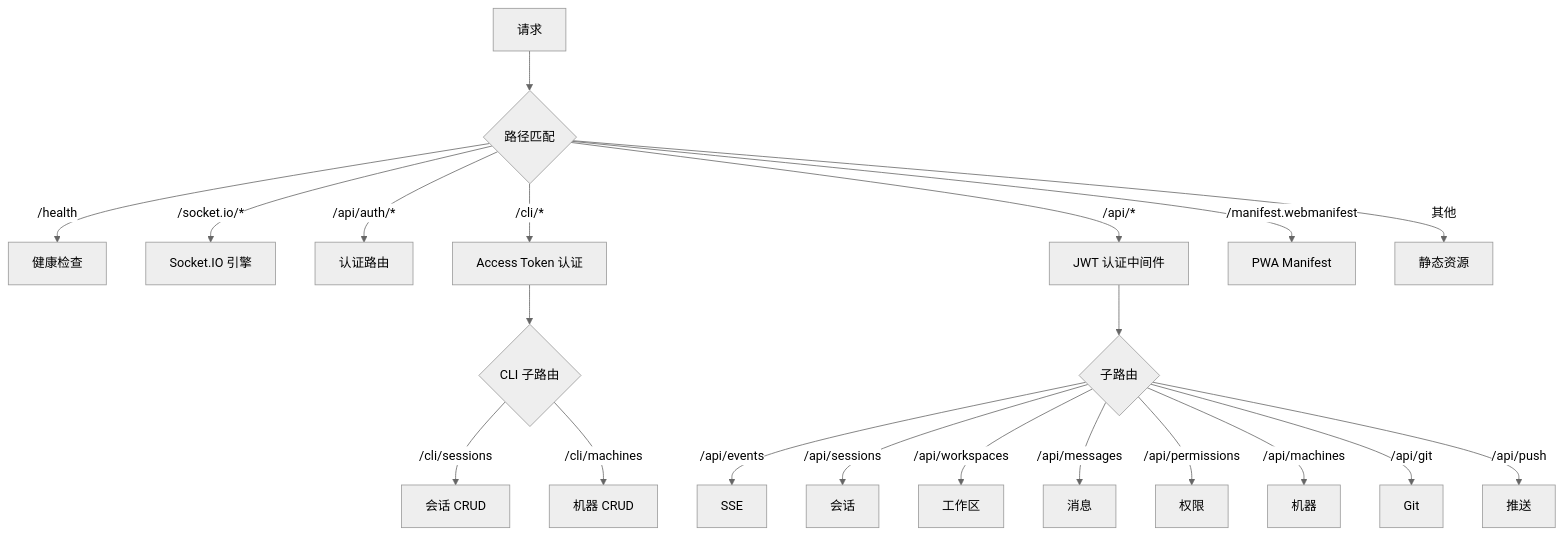
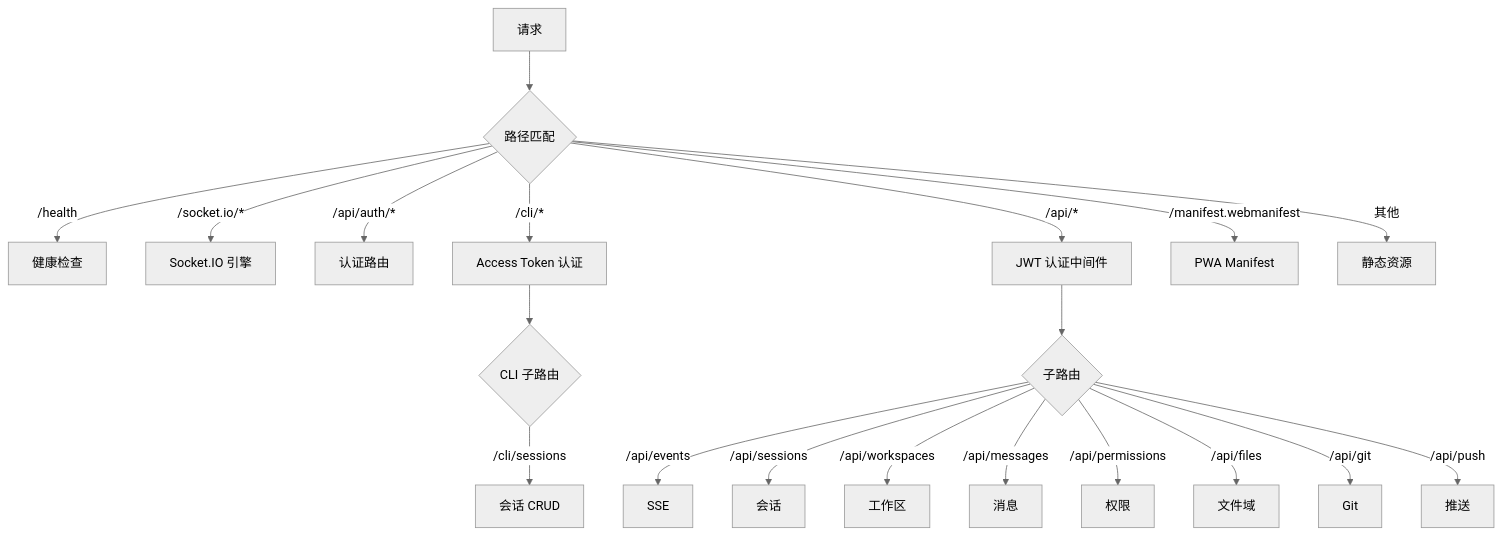
One commit to ModuBit/mobi changed the first of 2 diagrams in docs/architecture/daemon/web/README.md. Above: the diagram before and after it, drawn with Mermaid (neutral theme). The commit also changed other lines of this file and 86 other files, not shown here.

````diff
--- a/docs/architecture/daemon/web/README.md
+++ b/docs/architecture/daemon/web/README.md
@@ -37,26 +37,25 @@
 ```mermaid
 flowchart TB
     request[请求] --> match{路径匹配}
 
     match -->|/health| health[健康检查]
     match -->|/socket.io/*| socketio[Socket.IO 引擎]
     match -->|/api/auth/*| auth[认证路由]
     match -->|/cli/*| cli_auth[Access Token 认证]
     cli_auth --> cli{CLI 子路由}
     cli -->|/cli/sessions| cli_sess[会话 CRUD]
-    cli -->|/cli/machines| cli_machine[机器 CRUD]
 
     match -->|/api/*| jwt[JWT 认证中间件]
     jwt --> submatch{子路由}
     submatch -->|/api/events| sse[SSE]
     submatch -->|/api/sessions| sessions[会话]
     submatch -->|/api/workspaces| workspaces[工作区]
     submatch -->|/api/messages| messages[消息]
     submatch -->|/api/permissions| permissions[权限]
-    submatch -->|/api/machines| machines[机器]
+    submatch -->|/api/files| files[文件域]
     submatch -->|/api/git| git[Git]
     submatch -->|/api/push| push[推送]
 
     match -->|/manifest.webmanifest| manifest[PWA Manifest]
     match -->|其他| static[静态资源]
 ```
````
